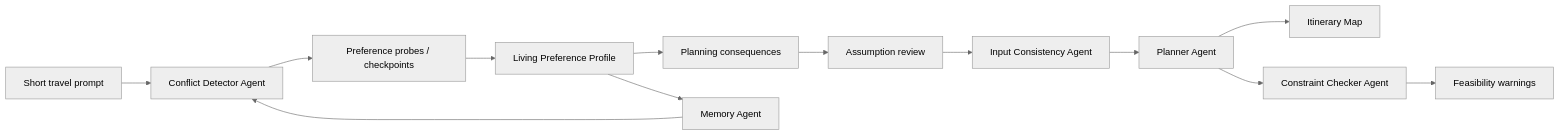
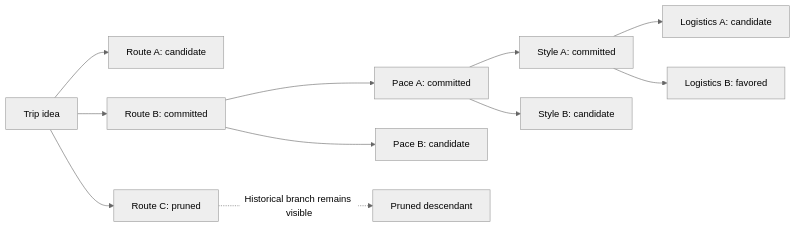
Before and after one commit to FabioZheng/chi: the third of 12 diagrams in docs/SCIENTIFIC_DOCUMENTATION.md, drawn with Mermaid (neutral theme). The commit also changed other lines of this file and 35 other files, not shown here.

````diff
--- a/docs/SCIENTIFIC_DOCUMENTATION.md
+++ b/docs/SCIENTIFIC_DOCUMENTATION.md
@@ -48,15 +332,13 @@
-```mermaid
+~~~mermaid
 flowchart LR
-  A["Short travel prompt"] --> B["Conflict Detector Agent"]
-  B --> C["Preference probes / checkpoints"]
-  C --> D["Living Preference Profile"]
-  D --> E["Planning consequences"]
-  E --> F["Assumption review"]
-  F --> G["Input Consistency Agent"]
-  G --> H["Planner Agent"]
-  H --> I["Itinerary Map"]
-  H --> J["Constraint Checker Agent"]
-  J --> K["Feasibility warnings"]
-  D --> L["Memory Agent"]
-  L --> B
-```
+  R["Trip idea"] --> A["Route A: candidate"]
+  R --> B["Route B: committed"]
+  R --> C["Route C: pruned"]
+  B --> D["Pace A: committed"]
+  B --> E["Pace B: candidate"]
+  D --> F["Style A: committed"]
+  D --> G["Style B: candidate"]
+  F --> H["Logistics A: candidate"]
+  F --> I["Logistics B: favored"]
+  C -. "Historical branch remains visible" .-> X["Pruned descendant"]
+~~~
````
